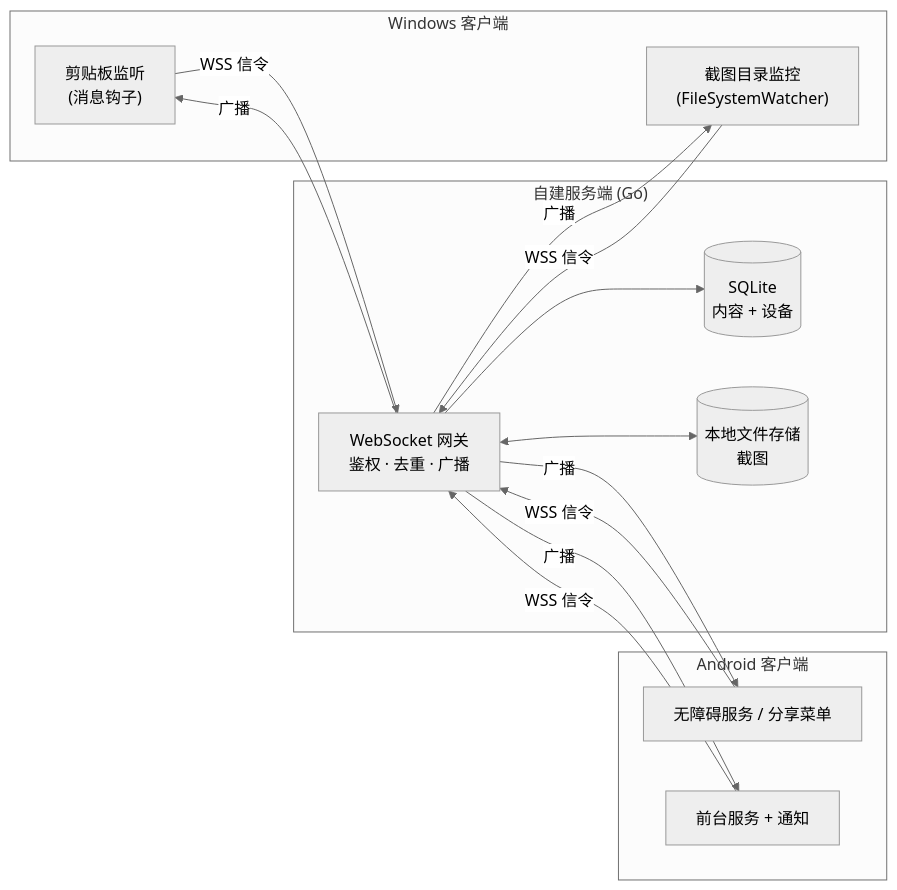
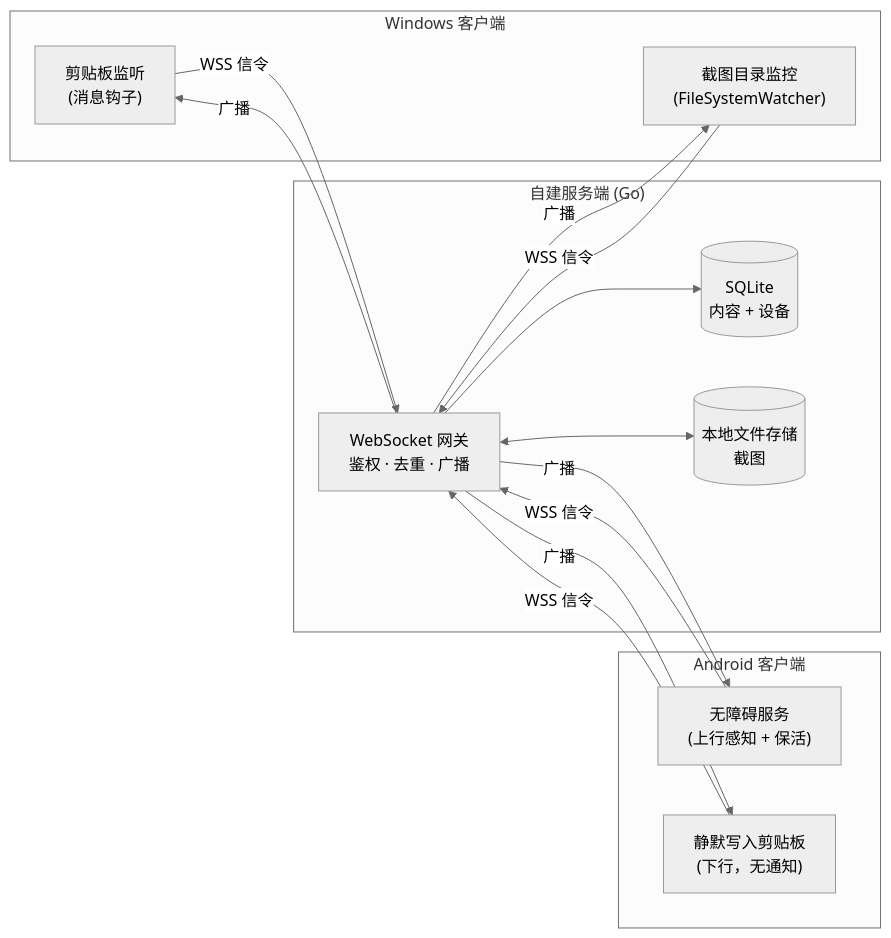
Before and after one commit to HeMuxD/clipbridge: the first of 3 diagrams in README.md, drawn with Mermaid (neutral theme). The commit also changed other lines of this file and 47 other files, not shown here.

````diff
--- a/README.md
+++ b/README.md
@@ -37,25 +37,25 @@
 ```mermaid
 flowchart LR
     subgraph Windows["Windows 客户端"]
         W1["剪贴板监听<br/>(消息钩子)"]
         W2["截图目录监控<br/>(FileSystemWatcher)"]
     end
 
     subgraph Android["Android 客户端"]
-        A1["无障碍服务 / 分享菜单"]
-        A2["前台服务 + 通知"]
+        A1["无障碍服务<br/>(上行感知 + 保活)"]
+        A2["静默写入剪贴板<br/>(下行，无通知)"]
     end
 
     subgraph Server["自建服务端 (Go)"]
         S1["WebSocket 网关<br/>鉴权 · 去重 · 广播"]
         S2[("SQLite<br/>内容 + 设备")]
         S3[("本地文件存储<br/>截图")]
     end
 
     W1 & W2 -- "WSS 信令" --> S1
     A1 & A2 -- "WSS 信令" --> S1
     S1 -- "广播" --> W1 & W2
     S1 -- "广播" --> A1 & A2
     S1 --> S2
     S1 <--> S3
 ```
````
